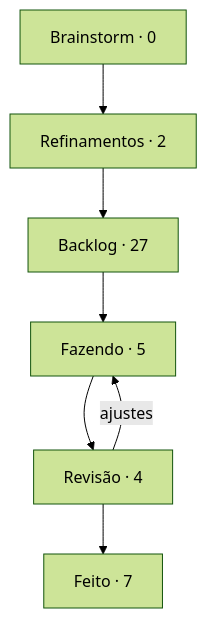
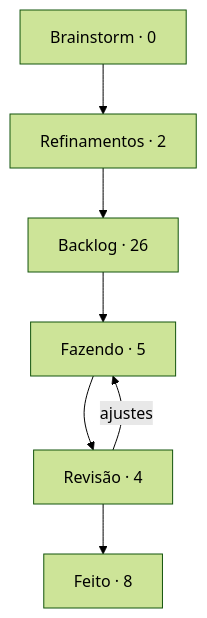
The diagram in boards/dungeon-bend/BOARD.md (StudioVibi/VibiKanban), drawn with Mermaid (forest theme) before and after one commit. The commit also changed other lines of this file and 2 other files, not shown here.

````diff
--- a/boards/dungeon-bend/BOARD.md
+++ b/boards/dungeon-bend/BOARD.md
@@ -5,12 +5,12 @@
 ```mermaid
 flowchart TD
   brainstorm["Brainstorm · 0"] --> refinamentos["Refinamentos · 2"]
-  refinamentos --> backlog["Backlog · 27"]
+  refinamentos --> backlog["Backlog · 26"]
   backlog --> doing["Fazendo · 5"]
   doing --> review["Revisão · 4"]
-  review --> done["Feito · 7"]
+  review --> done["Feito · 8"]
   review -->|ajustes| doing
   doing:::blue
   review:::yellow
   done:::green
 ```
````
